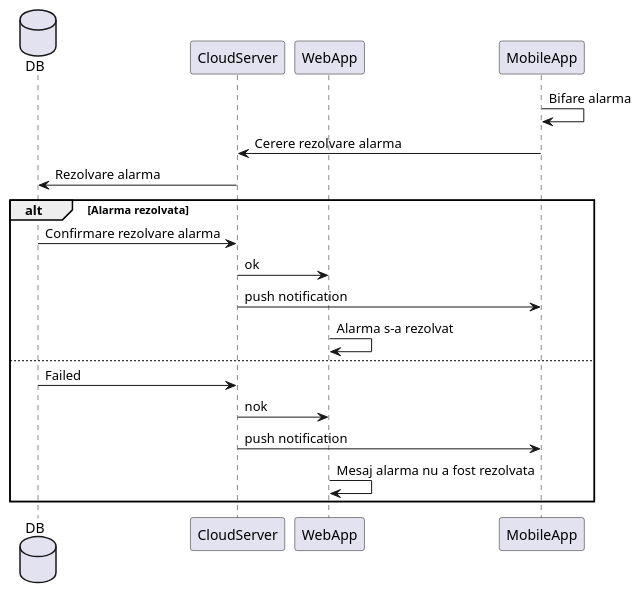
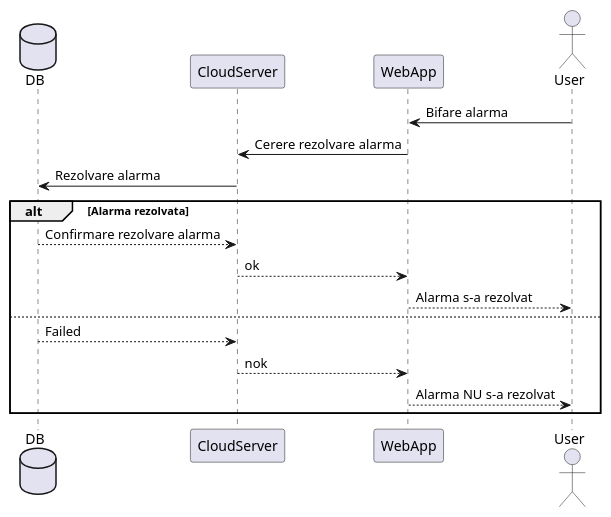
One commit to BVasi/ProiectIP changed the diagram in Sequence_DG/WebApp/rezolvare_alarme.plantuml. Above: the diagram before and after it, drawn with PlantUML. The commit also changed 10 other files, not shown here.

```diff
--- a/Sequence_DG/WebApp/rezolvare_alarme.plantuml
+++ b/Sequence_DG/WebApp/rezolvare_alarme.plantuml
@@ -1,24 +1,22 @@
 @startuml rezolvare_alarme
 
 database DB
 participant CloudServer
 participant WebApp
-participant MobileApp
+actor User
 
-MobileApp -> MobileApp: Bifare alarma
-MobileApp -> CloudServer: Cerere rezolvare alarma
+User -> WebApp: Bifare alarma
+WebApp -> CloudServer: Cerere rezolvare alarma
 CloudServer -> DB: Rezolvare alarma
 
 alt Alarma rezolvata
-    DB->CloudServer: Confirmare rezolvare alarma
-    CloudServer->WebApp: ok
-    CloudServer -> MobileApp: push notification
-    WebApp->WebApp: Alarma s-a rezolvat
+    DB --> CloudServer: Confirmare rezolvare alarma
+    CloudServer --> WebApp: ok
+    WebApp --> User: Alarma s-a rezolvat
 else
-    DB->CloudServer: Failed
-    CloudServer->WebApp: nok
-    CloudServer -> MobileApp: push notification
-    WebApp->WebApp: Mesaj alarma nu a fost rezolvata
+    DB --> CloudServer: Failed
+    CloudServer --> WebApp: nok
+    WebApp --> User: Alarma NU s-a rezolvat
 end
 
 @enduml
```
